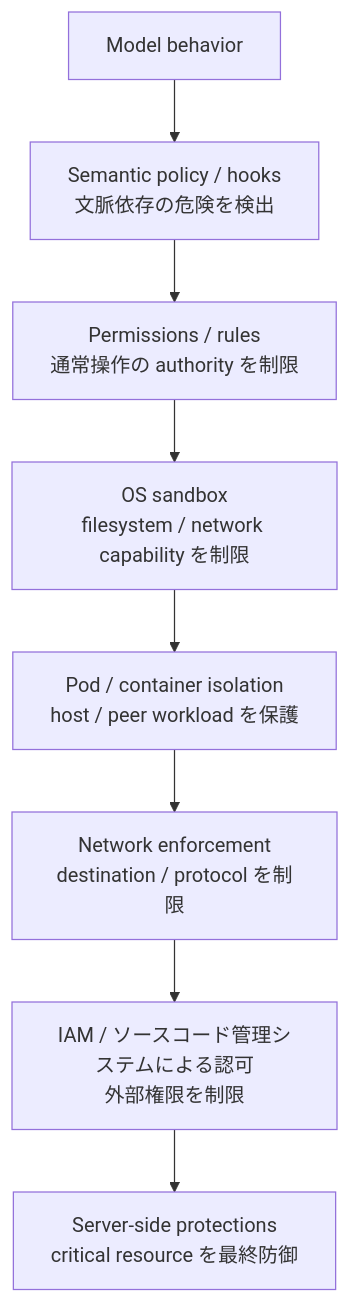
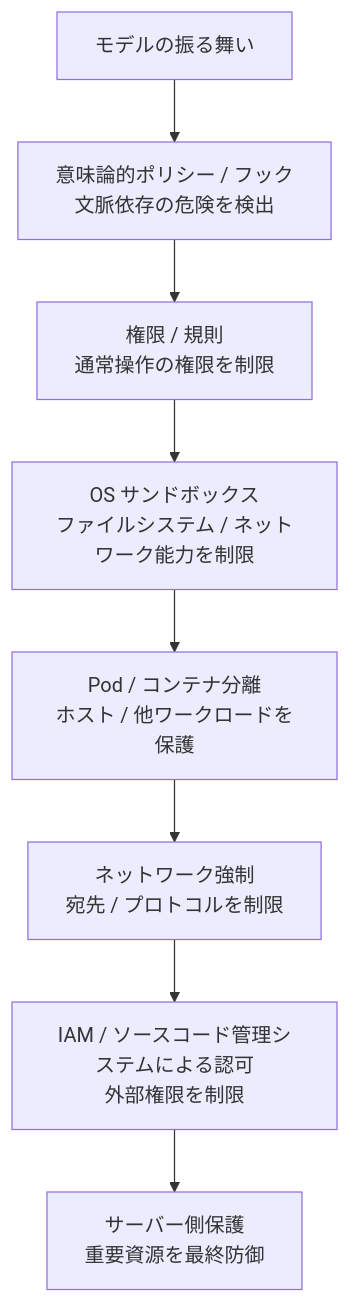
Before and after one commit to tomo-chan/agent-harness: the first of 2 diagrams in docs/ja/03-security-model.md, drawn with Mermaid. The commit also changed other lines of this file and 5 other files, not shown here.

Commit message:
docs: 日本語仕様の用語と図を統一

````diff
--- a/docs/ja/03-security-model.md
+++ b/docs/ja/03-security-model.md
@@ -21,10 +21,10 @@
 ```mermaid
 flowchart TD
-    M[Model behavior] --> H[Semantic policy / hooks<br/>文脈依存の危険を検出]
-    H --> P[Permissions / rules<br/>通常操作の authority を制限]
-    P --> S[OS sandbox<br/>filesystem / network capability を制限]
-    S --> C[Pod / container isolation<br/>host / peer workload を保護]
-    C --> N[Network enforcement<br/>destination / protocol を制限]
+    M[モデルの振る舞い] --> H[意味論的ポリシー / フック<br/>文脈依存の危険を検出]
+    H --> P[権限 / 規則<br/>通常操作の権限を制限]
+    P --> S[OS サンドボックス<br/>ファイルシステム / ネットワーク能力を制限]
+    S --> C[Pod / コンテナ分離<br/>ホスト / 他ワークロードを保護]
+    C --> N[ネットワーク強制<br/>宛先 / プロトコルを制限]
     N --> I[IAM / ソースコード管理システムによる認可<br/>外部権限を制限]
-    I --> R[Server-side protections<br/>critical resource を最終防御]
+    I --> R[サーバー側保護<br/>重要資源を最終防御]
 ```
````
